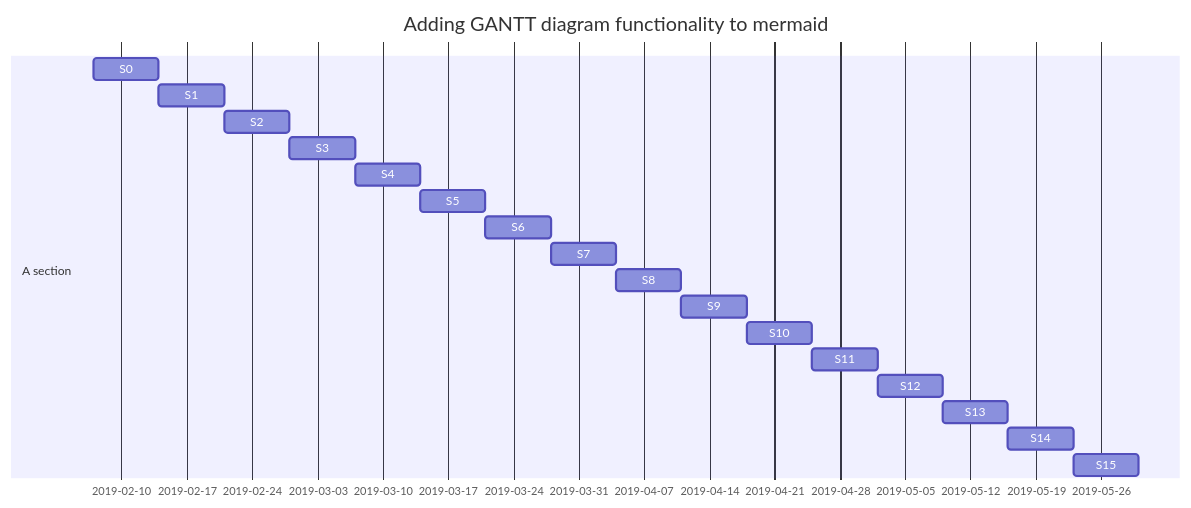
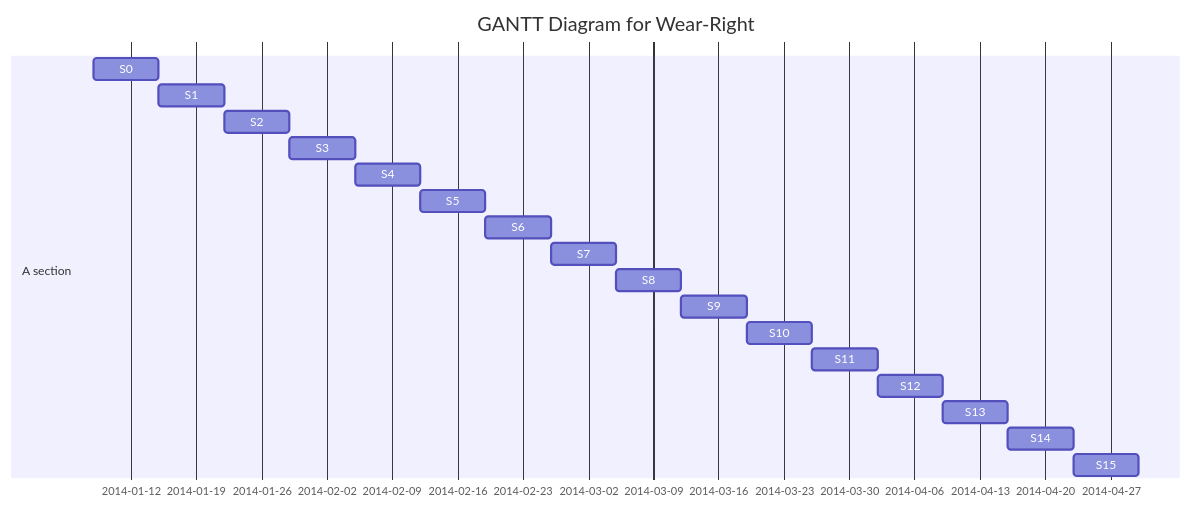
The diagram in dokumentit/01-projektinhallinta/projektisuunnitelma.md (martimik/Wear-right-core), drawn with Mermaid before and after one commit.

````diff
--- a/dokumentit/01-projektinhallinta/projektisuunnitelma.md
+++ b/dokumentit/01-projektinhallinta/projektisuunnitelma.md
@@ -99,23 +99,23 @@
 ```mermaid
 gantt
         dateFormat  YYYY-MM-DD
-        title Adding GANTT diagram functionality to mermaid
+        title GANTT Diagram for Wear-Right
         section A section
-        S0            :  des1, after des0, 1w
+        S0            :  des1, 2014-01-8, 1w
         S1            :  des2, after des1, 1w
         S2            :  des3, after des2, 1w
         S3            :  des4, after des3, 1w
         S4            :  des5, after des4, 1w
         S5            :  des6, after des5, 1w
         S6            :  des7, after des6, 1w
         S7            :  des8, after des7, 1w
         S8            :  des9, after des8, 1w
         S9            :  des10, after des9, 1w
         S10           :  des11, after des10, 1w
         S11           :  des12, after des11, 1w
         S12            : des13, after des12, 1w
         S13            : des14, after des13, 1w
         S14            : des15, after des14, 1w
         S15            : des16, after des15, 1w
 
 ```
````
